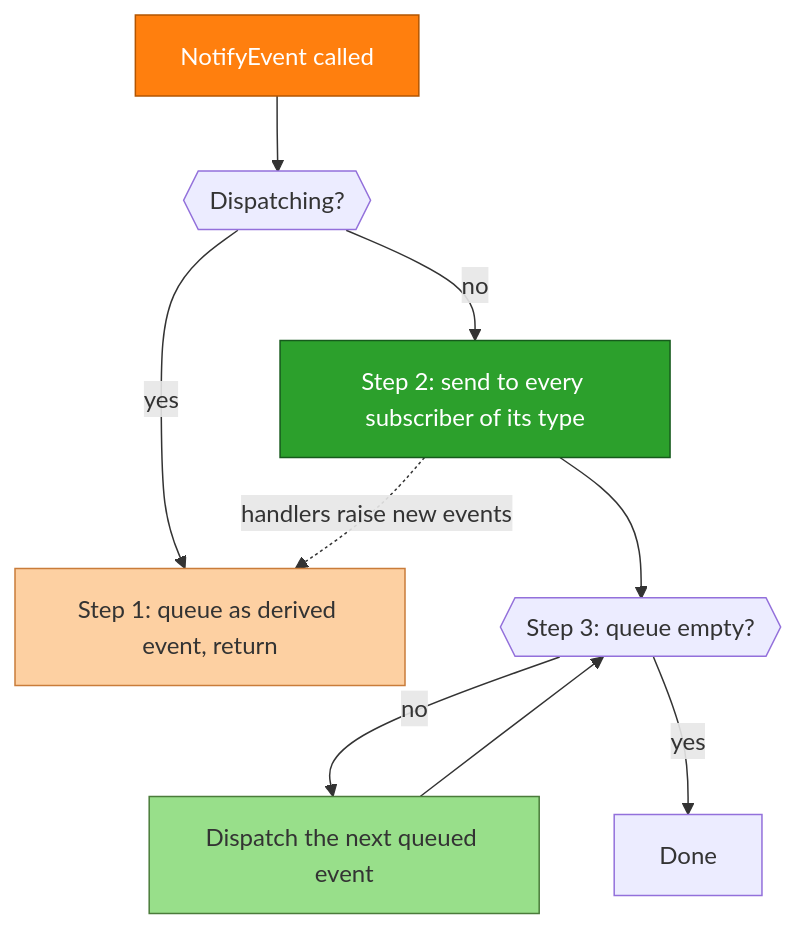
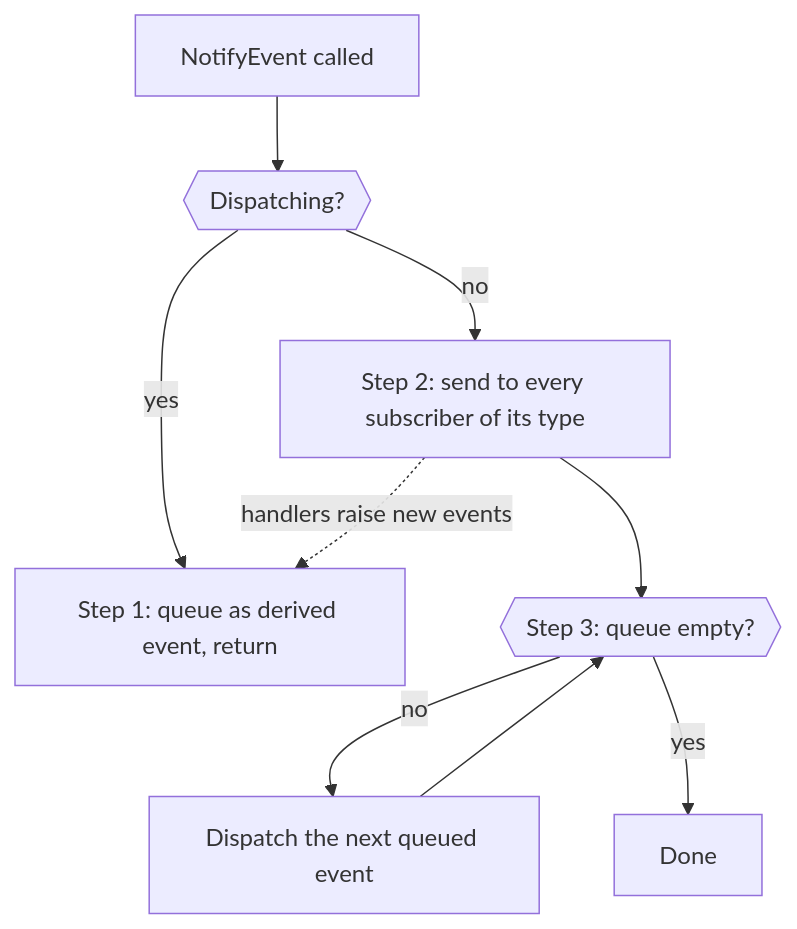
One commit to e-choness/portfolio-site changed the third of 3 diagrams in _posts/2024-06-03-pubsub-game-backend.md. Above: the diagram before and after it, drawn with Mermaid. The commit also changed other lines of this file and 3 other files, not shown here.

Commit message:
update neo theme to all diagrams

````diff
--- a/_posts/2024-06-03-pubsub-game-backend.md
+++ b/_posts/2024-06-03-pubsub-game-backend.md
@@ -204,16 +197,15 @@
 ```mermaid
 graph TD
     E[NotifyEvent called] --> C@{ shape: hex, label: "Dispatching?" }
     C -- yes --> Q[Step 1: queue as derived event, return]
     C -- no --> H[Step 2: send to every subscriber of its type]
     H -. handlers raise new events .-> Q
     H --> DQ@{ shape: hex, label: "Step 3: queue empty?" }
     DQ -- no --> N[Dispatch the next queued event]
     N --> DQ
     DQ -- yes --> X[Done]
 
-    style E fill:#ff7f0e,stroke:#b35500,color:#fff;
-    style Q fill:#fdd0a2,stroke:#c97c3a;
-    style H fill:#2ca02c,stroke:#165a1c,color:#fff;
-    style N fill:#98df8a,stroke:#4a7b3a;
+    class E rose
+    class H accent
+    class Q,N soft
 ```
````
